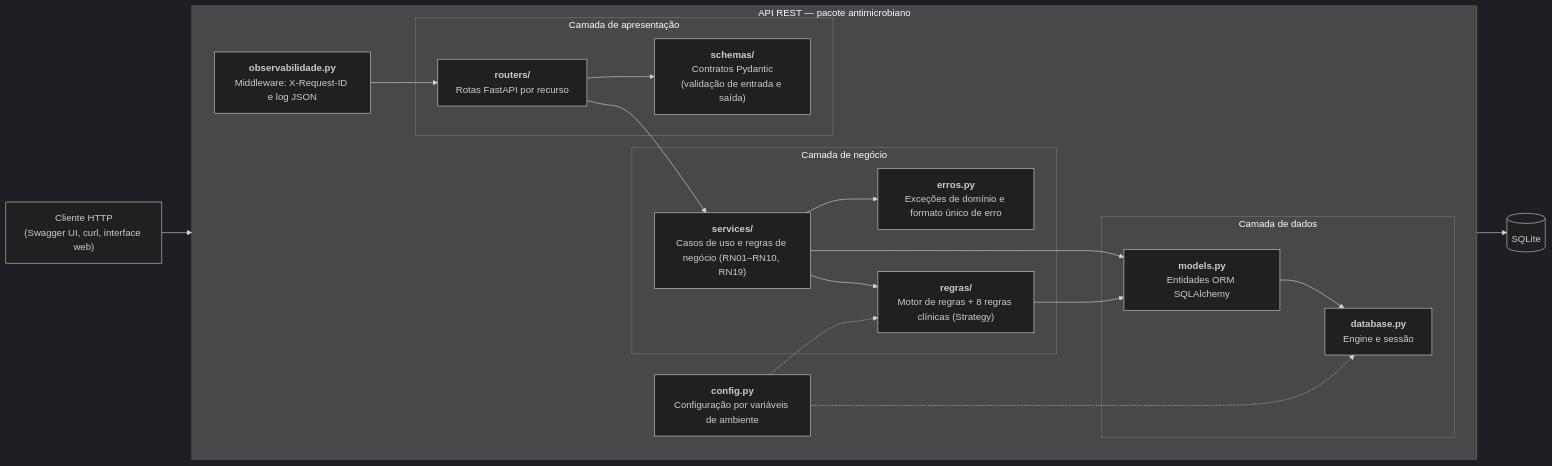
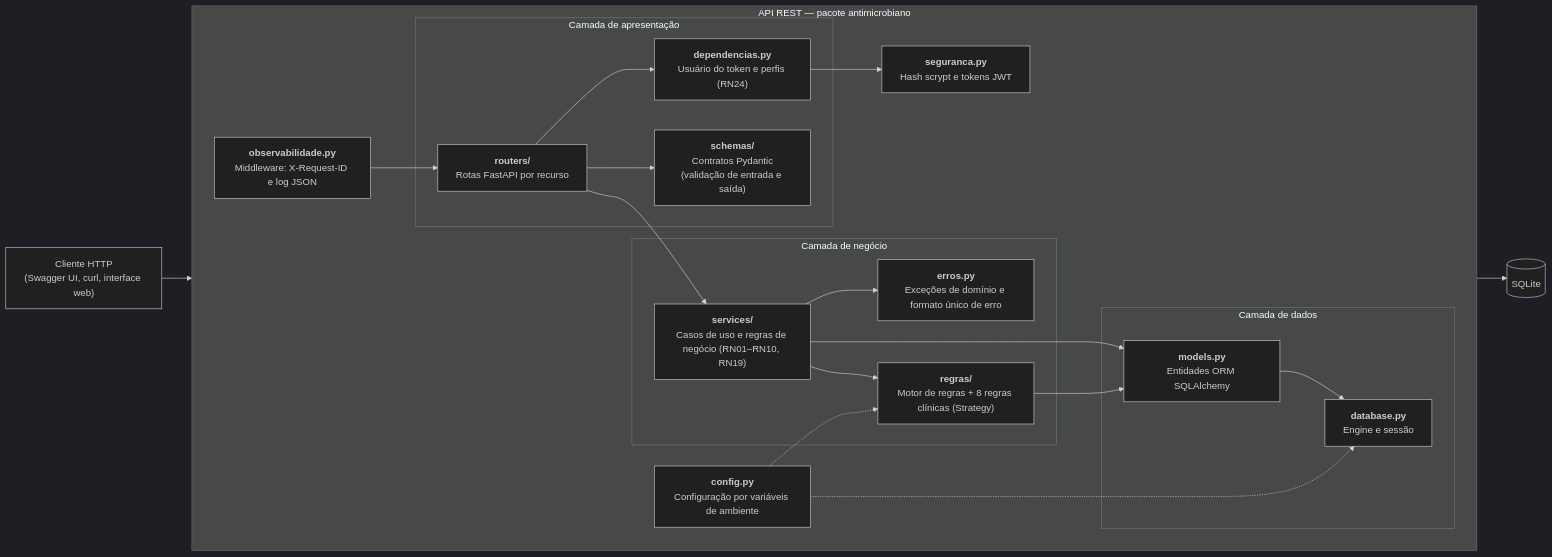
Before and after one commit to Antonio-avsp/Projeto_Antimicrobiano_Inteligente: the third of 4 diagrams in docs/arquitetura.md, drawn with Mermaid (dark theme). The commit also changed other lines of this file and 5 other files, not shown here.

````diff
--- a/docs/arquitetura.md
+++ b/docs/arquitetura.md
@@ -63,38 +63,42 @@
 ```mermaid
 flowchart LR
     cliente["Cliente HTTP<br/>(Swagger UI, curl, interface web)"]
 
     subgraph api["API REST — pacote antimicrobiano"]
         direction LR
         subgraph http["Camada de apresentação"]
             routers["<b>routers/</b><br/>Rotas FastAPI por recurso"]
+            deps["<b>dependencias.py</b><br/>Usuário do token e perfis (RN24)"]
             schemas["<b>schemas/</b><br/>Contratos Pydantic<br/>(validação de entrada e saída)"]
         end
         subgraph negocio["Camada de negócio"]
             services["<b>services/</b><br/>Casos de uso e regras de negócio (RN01–RN10, RN19)"]
             motor["<b>regras/</b><br/>Motor de regras + 8 regras clínicas (Strategy)"]
             erros["<b>erros.py</b><br/>Exceções de domínio e formato único de erro"]
         end
         subgraph dados["Camada de dados"]
             models["<b>models.py</b><br/>Entidades ORM SQLAlchemy"]
             database["<b>database.py</b><br/>Engine e sessão"]
         end
         config["<b>config.py</b><br/>Configuração por variáveis de ambiente"]
+        seguranca["<b>seguranca.py</b><br/>Hash scrypt e tokens JWT"]
         obs["<b>observabilidade.py</b><br/>Middleware: X-Request-ID e log JSON"]
     end
 
     db[("SQLite")]
 
     cliente --> obs
     obs --> routers
+    routers --> deps
+    deps --> seguranca
     routers --> schemas
     routers --> services
     services --> erros
     services --> motor
     services --> models
     motor --> models
     models --> database
     database --> db
     config -.-> database
     config -.-> motor
 ```
````
